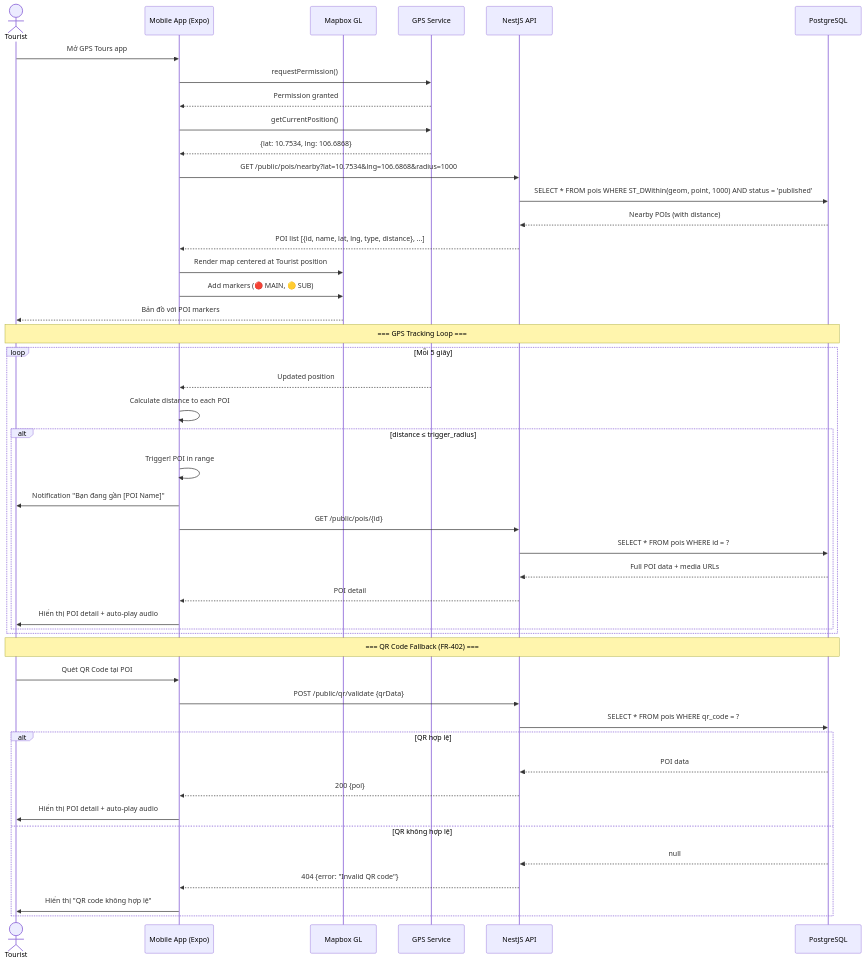
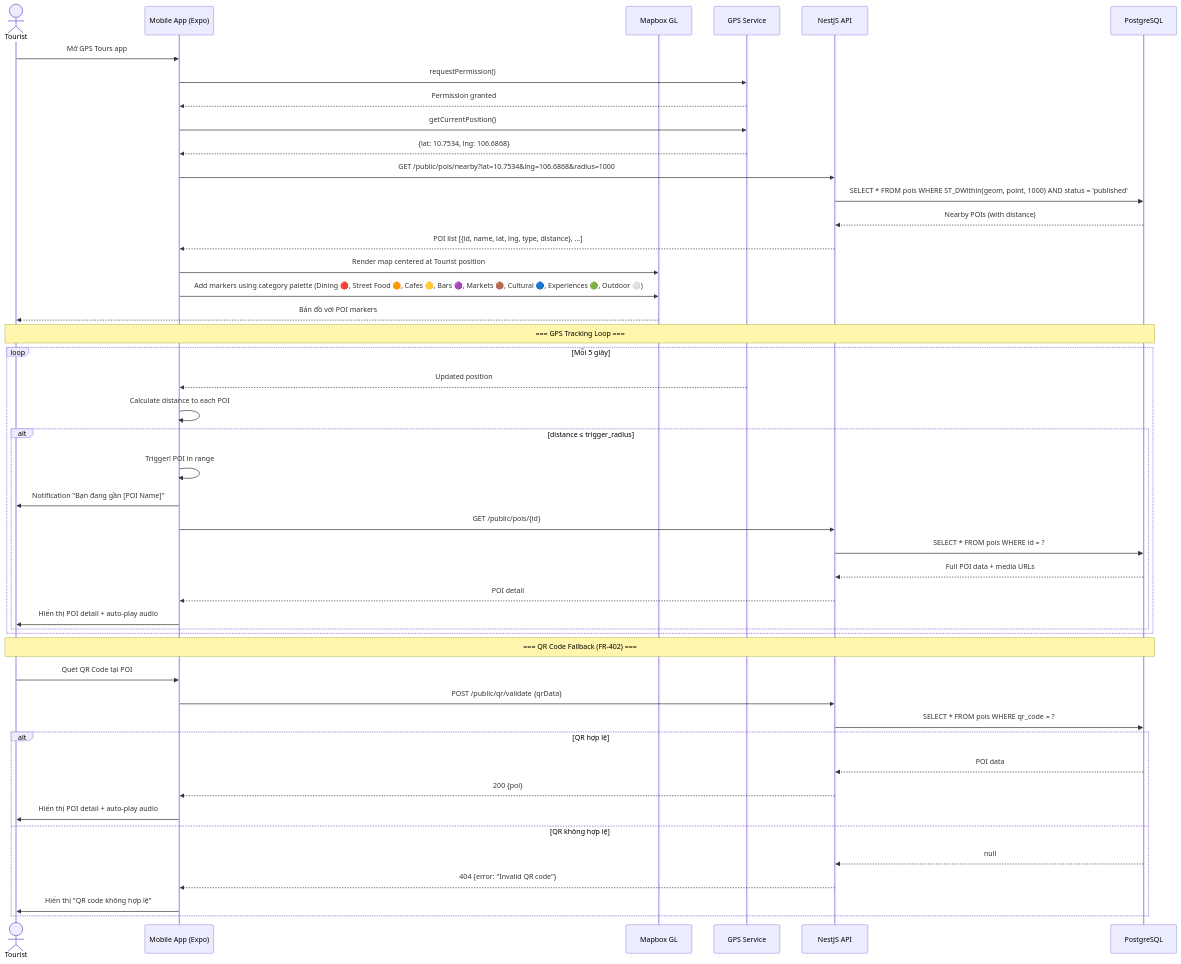
Before and after one commit to Ttuandatt/Seminar: the sixth of 14 diagrams in docs/step3_prd/15_sequence_diagrams.md, drawn with Mermaid. The commit also changed other lines of this file and 60 other files, not shown here.

````diff
--- a/docs/step3_prd/15_sequence_diagrams.md
+++ b/docs/step3_prd/15_sequence_diagrams.md
@@ -253,54 +253,54 @@
 ```mermaid
 sequenceDiagram
     actor Tourist
     participant App as Mobile App (Expo)
     participant Map as Mapbox GL
     participant GPS as GPS Service
     participant API as NestJS API
     participant DB as PostgreSQL
 
     Tourist->>App: Mở GPS Tours app
     App->>GPS: requestPermission()
     GPS-->>App: Permission granted
     App->>GPS: getCurrentPosition()
     GPS-->>App: {lat: 10.7534, lng: 106.6868}
 
     App->>API: GET /public/pois/nearby?lat=10.7534&lng=106.6868&radius=1000
     API->>DB: SELECT * FROM pois WHERE ST_DWithin(geom, point, 1000) AND status = 'published'
     DB-->>API: Nearby POIs (with distance)
     API-->>App: POI list [{id, name, lat, lng, type, distance}, ...]
 
     App->>Map: Render map centered at Tourist position
-    App->>Map: Add markers (🔴 MAIN, 🟡 SUB)
+    App->>Map: Add markers using category palette (Dining 🔴, Street Food 🟠, Cafes 🟡, Bars 🟣, Markets 🟤, Cultural 🔵, Experiences 🟢, Outdoor ⚪)
     Map-->>Tourist: Bản đồ với POI markers
 
     Note over Tourist, DB: === GPS Tracking Loop ===
     loop Mỗi 5 giây
         GPS-->>App: Updated position
         App->>App: Calculate distance to each POI
         
         alt distance ≤ trigger_radius
             App->>App: Trigger! POI in range
             App->>Tourist: Notification "Bạn đang gần [POI Name]"
             App->>API: GET /public/pois/{id}
             API->>DB: SELECT * FROM pois WHERE id = ?
             DB-->>API: Full POI data + media URLs
             API-->>App: POI detail
             App->>Tourist: Hiển thị POI detail + auto-play audio
         end
     end
 
     Note over Tourist, DB: === QR Code Fallback (FR-402) ===
     Tourist->>App: Quét QR Code tại POI
     App->>API: POST /public/qr/validate {qrData}
     API->>DB: SELECT * FROM pois WHERE qr_code = ?
     alt QR hợp lệ
         DB-->>API: POI data
         API-->>App: 200 {poi}
         App->>Tourist: Hiển thị POI detail + auto-play audio
     else QR không hợp lệ
         DB-->>API: null
         API-->>App: 404 {error: "Invalid QR code"}
         App->>Tourist: Hiển thị "QR code không hợp lệ"
     end
 ```
````
